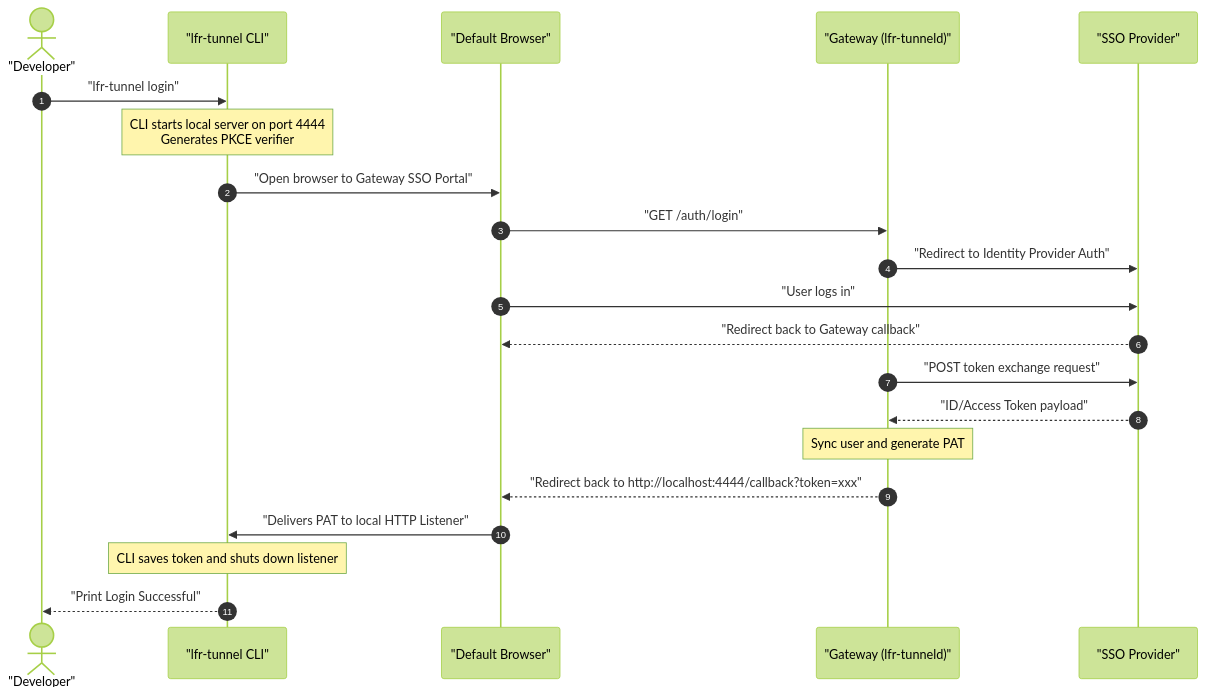
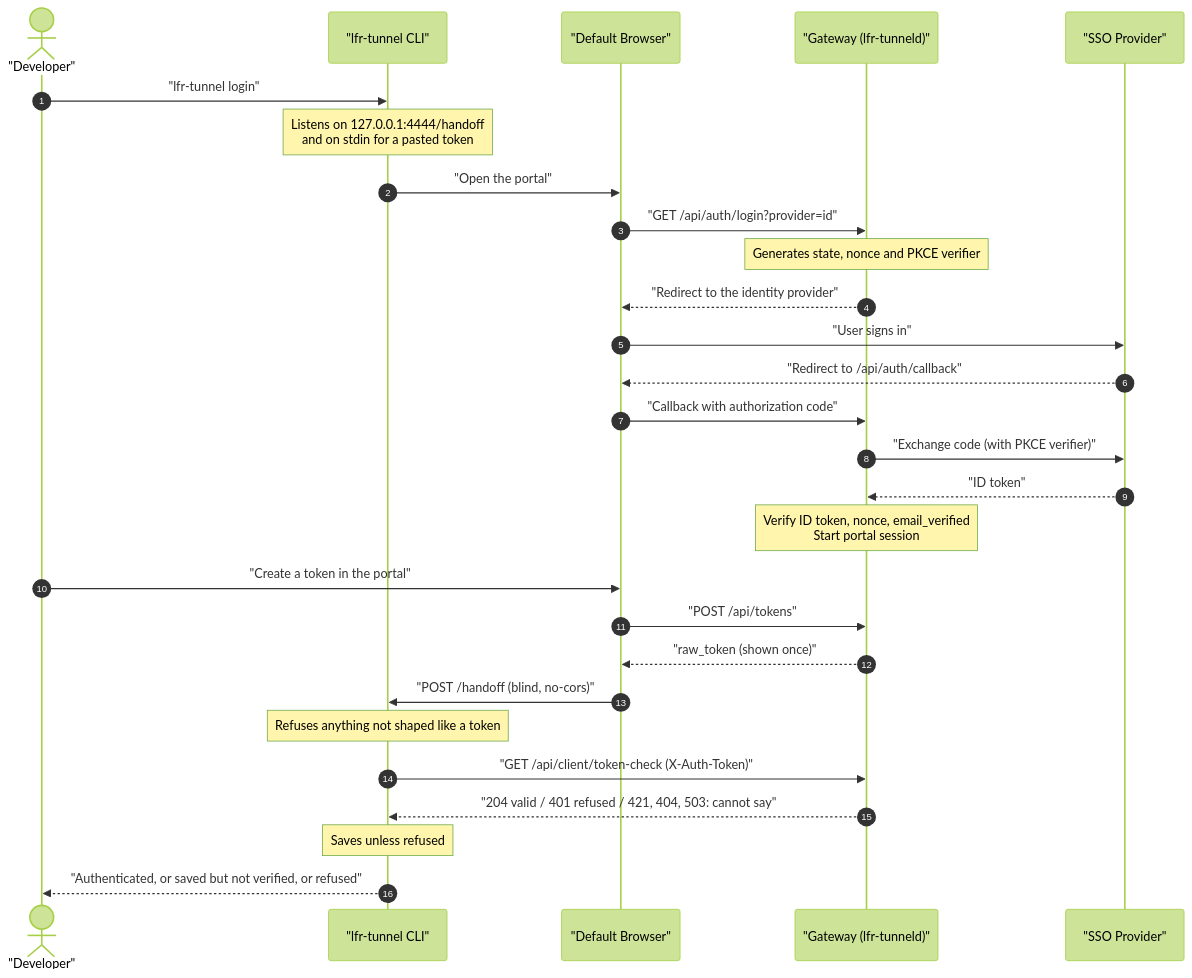
The sixth of 7 diagrams in docs/architecture.md (peterrichards-lr/lfr-tunnel), drawn with Mermaid (forest theme) before and after one commit. The commit also changed other lines of this file and 7 other files, not shown here.

First line of the commit message:
feat(login): check the token with the gateway before reporting success (#2458)

````diff
--- a/docs/architecture.md
+++ b/docs/architecture.md
@@ -356,24 +356,31 @@
 ```mermaid
 sequenceDiagram
     autonumber
     actor Dev as "Developer"
     participant CLI as "lfr-tunnel CLI"
     participant Browser as "Default Browser"
     participant GW as "Gateway (lfr-tunneld)"
     participant SSO as "SSO Provider"
 
     Dev->>CLI: "lfr-tunnel login"
-    Note over CLI: CLI starts local server on port 4444<br/>Generates PKCE verifier
-    CLI->>Browser: "Open browser to Gateway SSO Portal"
-    Browser->>GW: "GET /auth/login"
-    GW->>SSO: "Redirect to Identity Provider Auth"
-    Browser->>SSO: "User logs in"
-    SSO-->>Browser: "Redirect back to Gateway callback"
-    GW->>SSO: "POST token exchange request"
-    SSO-->>GW: "ID/Access Token payload"
-    Note over GW: Sync user and generate PAT
-    GW-->>Browser: "Redirect back to http://localhost:4444/callback?token=xxx"
-    Browser->>CLI: "Delivers PAT to local HTTP Listener"
-    Note over CLI: CLI saves token and shuts down listener
-    CLI-->>Dev: "Print Login Successful"
+    Note over CLI: Listens on 127.0.0.1:4444/handoff<br/>and on stdin for a pasted token
+    CLI->>Browser: "Open the portal"
+    Browser->>GW: "GET /api/auth/login?provider=id"
+    Note over GW: Generates state, nonce and PKCE verifier
+    GW-->>Browser: "Redirect to the identity provider"
+    Browser->>SSO: "User signs in"
+    SSO-->>Browser: "Redirect to /api/auth/callback"
+    Browser->>GW: "Callback with authorization code"
+    GW->>SSO: "Exchange code (with PKCE verifier)"
+    SSO-->>GW: "ID token"
+    Note over GW: Verify ID token, nonce, email_verified<br/>Start portal session
+    Dev->>Browser: "Create a token in the portal"
+    Browser->>GW: "POST /api/tokens"
+    GW-->>Browser: "raw_token (shown once)"
+    Browser->>CLI: "POST /handoff (blind, no-cors)"
+    Note over CLI: Refuses anything not shaped like a token
+    CLI->>GW: "GET /api/client/token-check (X-Auth-Token)"
+    GW-->>CLI: "204 valid / 401 refused / 421, 404, 503: cannot say"
+    Note over CLI: Saves unless refused
+    CLI-->>Dev: "Authenticated, or saved but not verified, or refused"
 ```
````
